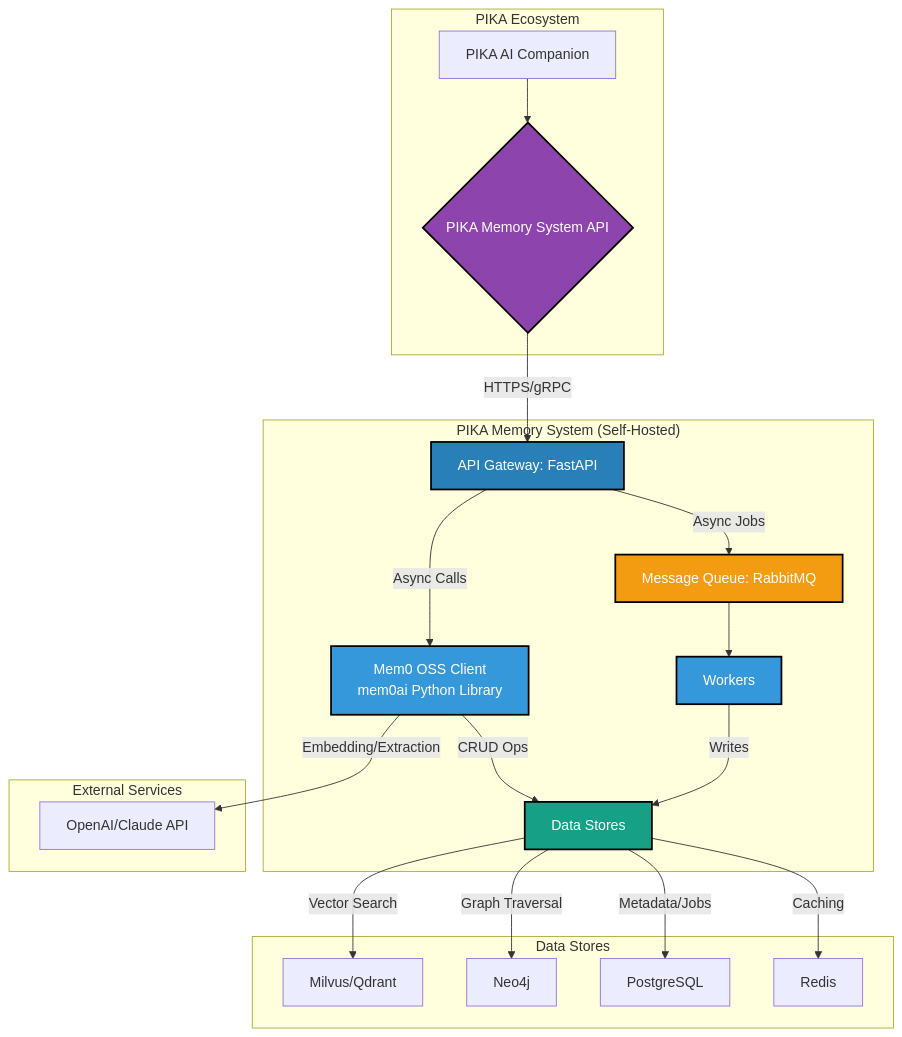
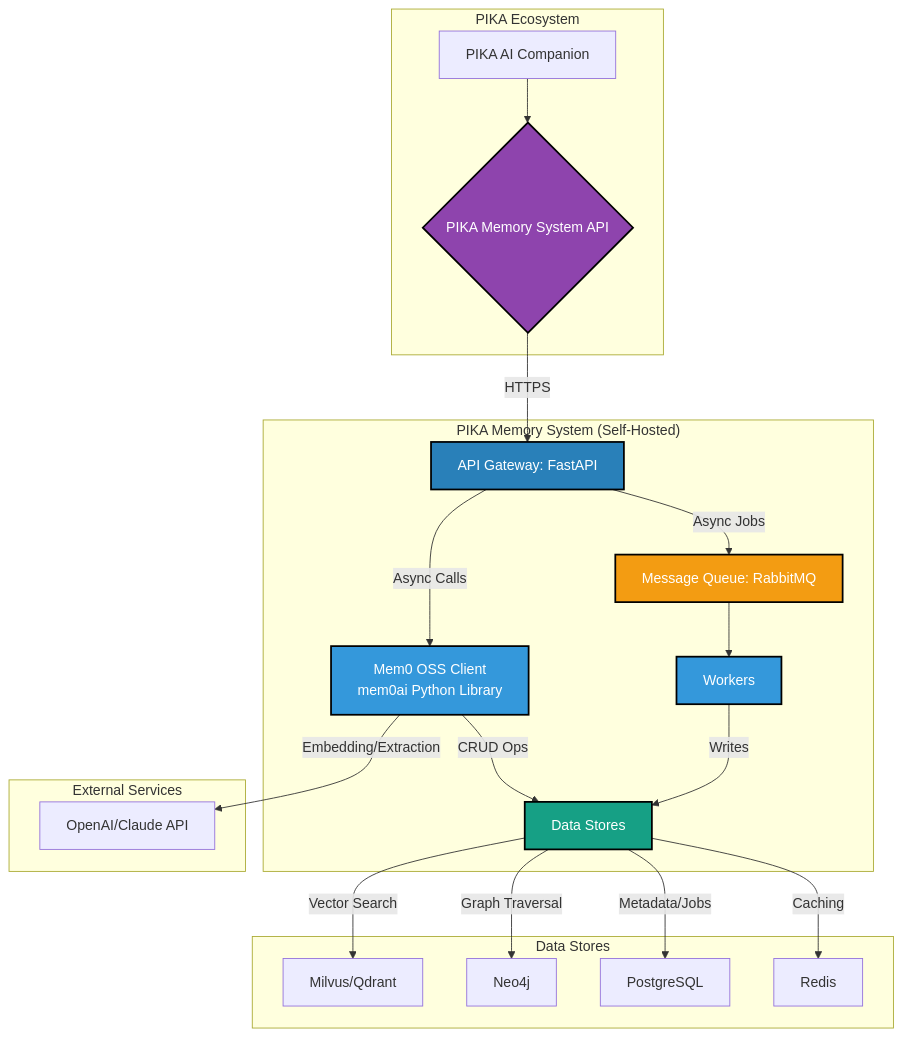
The first of 2 diagrams in DATA_SCIENCE_AND_AI/Domain8AdvancedAIApplications/1_AIAgents/2_Memory/Phần 1 - Memory Chung/Cách 2 - Mem0/Untitled.md (DoanNgocCuong/working), drawn with Mermaid before and after one commit. The commit also changed other lines of this file, not shown here.

````diff
--- a/DATA_SCIENCE_AND_AI/Domain8AdvancedAIApplications/1_AIAgents/2_Memory/Phần 1 - Memory Chung/Cách 2 - Mem0/Untitled.md
+++ b/DATA_SCIENCE_AND_AI/Domain8AdvancedAIApplications/1_AIAgents/2_Memory/Phần 1 - Memory Chung/Cách 2 - Mem0/Untitled.md
@@ -93,33 +58,33 @@
 ```mermaid
 graph TD
     subgraph "PIKA Ecosystem"
         A[PIKA AI Companion] --> B{PIKA Memory System API}
     end
 
     subgraph "PIKA Memory System (Self-Hosted)"
-        B -- HTTPS/gRPC --> C[API Gateway: FastAPI]
+        B -- HTTPS --> C[API Gateway: FastAPI]
         C -- Async Calls --> D[Mem0 OSS Client<br/>mem0ai Python Library]
         D -- CRUD Ops --> E[Data Stores]
         C -- Async Jobs --> F[Message Queue: RabbitMQ]
         F --> G[Workers]
         G -- Writes --> E
     end
 
     subgraph "Data Stores"
         E -- Vector Search --> H[Milvus/Qdrant]
         E -- Graph Traversal --> I[Neo4j]
         E -- Metadata/Jobs --> J[PostgreSQL]
         E -- Caching --> K[Redis]
     end
 
     subgraph "External Services"
         D -- Embedding/Extraction --> L[OpenAI/Claude API]
     end
 
     style B fill:#8E44AD,stroke:#000,stroke-width:2px,color:#fff
     style C fill:#2980B9,stroke:#000,stroke-width:2px,color:#fff
     style D fill:#3498DB,stroke:#000,stroke-width:2px,color:#fff
     style G fill:#3498DB,stroke:#000,stroke-width:2px,color:#fff
     style F fill:#F39C12,stroke:#000,stroke-width:2px,color:#fff
     style E fill:#16A085,stroke:#000,stroke-width:2px,color:#fff
 ```
````
